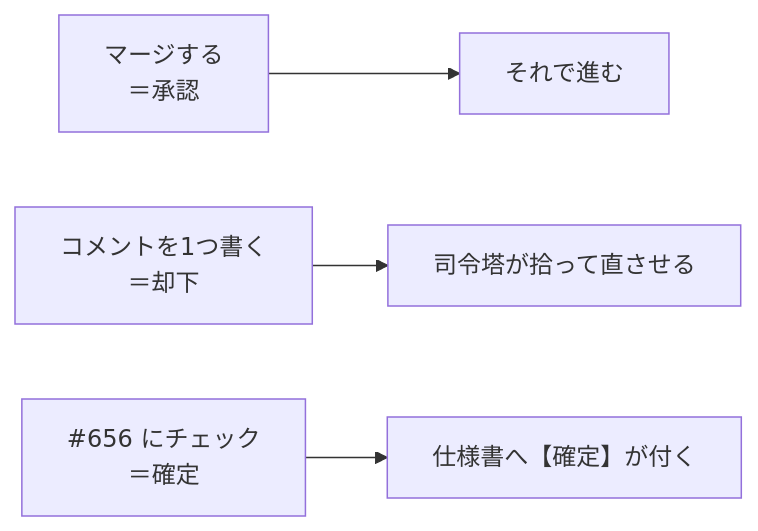
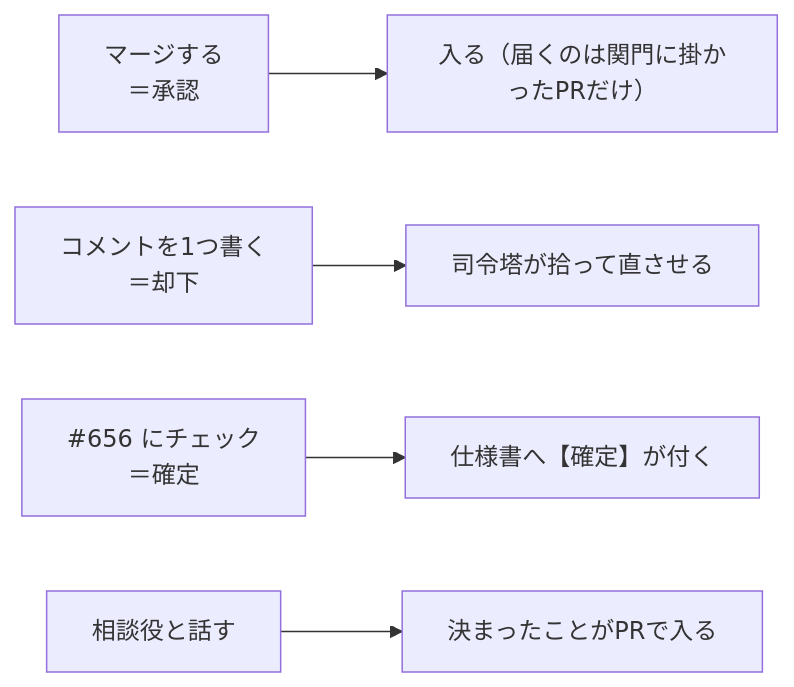
One commit to gooyyu1/UnmappedIsland changed the fourth of 5 diagrams in docs/ParallelAgents.md. Above: the diagram before and after it, drawn with Mermaid. The commit also changed other lines of this file, not shown here.

````diff
--- a/docs/ParallelAgents.md
+++ b/docs/ParallelAgents.md
@@ -110,6 +190,7 @@
 ```mermaid
 flowchart LR
-    A["マージする<br/>＝承認"] --> Done["それで進む"]
+    A["マージする<br/>＝承認"] --> Done["入る（届くのは関門に掛かったPRだけ）"]
     B["コメントを1つ書く<br/>＝却下"] --> Fix["司令塔が拾って直させる"]
     C["#656 にチェック<br/>＝確定"] --> Mark["仕様書へ【確定】が付く"]
+    D["相談役と話す"] --> Decide["決まったことがPRで入る"]
 ```
````
